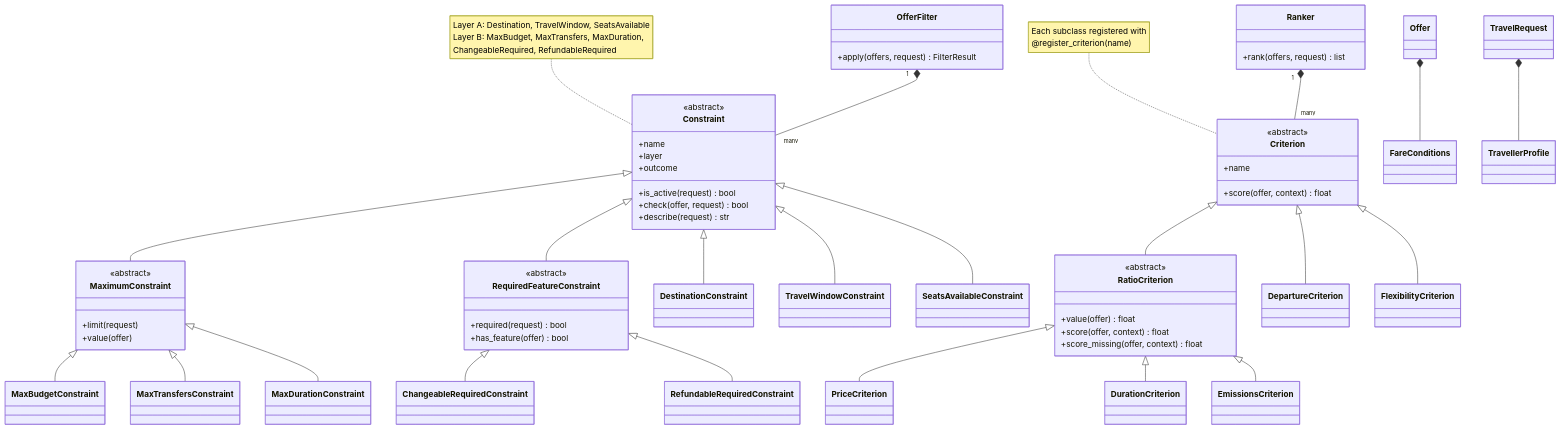
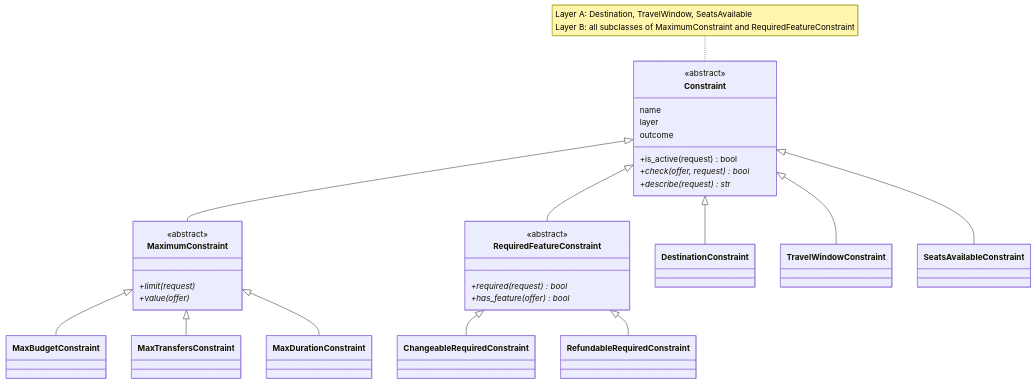
One commit to AndreStaalesen/busbidder-spain changed the second of 3 diagrams in docs/diagrams/classes.md. Above: the diagram before and after it, drawn with Mermaid. The commit also changed other lines of this file and 1 other file, not shown here.

Commit message:
updated architecture and classes diagrams

````diff
--- a/docs/diagrams/classes.md
+++ b/docs/diagrams/classes.md
@@ -1,68 +136,36 @@
 ```mermaid
 classDiagram
     direction TB
 
-        class Constraint {
+    class Constraint {
         <<abstract>>
-        +name
-        +layer
-        +outcome
+        name
+        layer
+        outcome
         +is_active(request) bool
-        +check(offer, request) bool
-        +describe(request) str
+        +check(offer, request)* bool
+        +describe(request)* str
     }
     class MaximumConstraint {
         <<abstract>>
-        +limit(request)
-        +value(offer)
+        +limit(request)*
+        +value(offer)*
     }
     class RequiredFeatureConstraint {
         <<abstract>>
-        +required(request) bool
-        +has_feature(offer) bool
+        +required(request)* bool
+        +has_feature(offer)* bool
     }
-    class OfferFilter {
-        +apply(offers, request) FilterResult
-    }
-    OfferFilter "1" *-- "many" Constraint
-
     Constraint <|-- DestinationConstraint
     Constraint <|-- TravelWindowConstraint
     Constraint <|-- SeatsAvailableConstraint
     Constraint <|-- MaximumConstraint
     Constraint <|-- RequiredFeatureConstraint
     MaximumConstraint <|-- MaxBudgetConstraint
     MaximumConstraint <|-- MaxTransfersConstraint
     MaximumConstraint <|-- MaxDurationConstraint
     RequiredFeatureConstraint <|-- ChangeableRequiredConstraint
     RequiredFeatureConstraint <|-- RefundableRequiredConstraint
 
-    class Criterion {
-        <<abstract>>
-        +name
-        +score(offer, context) float
-    }
-    class RatioCriterion {
-        <<abstract>>
-        +value(offer) float
-        +score(offer, context) float
-        +score_missing(offer, context) float
-    }
-    class Ranker {
-        +rank(offers, request) list
-    }
-    Ranker "1" *-- "many" Criterion
-
-    Criterion <|-- RatioCriterion
-    RatioCriterion <|-- PriceCriterion
-    RatioCriterion <|-- DurationCriterion
-    RatioCriterion <|-- EmissionsCriterion
-    Criterion <|-- DepartureCriterion
-    Criterion <|-- FlexibilityCriterion
-
-    Offer *-- FareConditions
-    TravelRequest *-- TravellerProfile
-
-    note for Constraint "Layer A: Destination, TravelWindow, SeatsAvailable<br>Layer B: MaxBudget, MaxTransfers, MaxDuration,<br>ChangeableRequired, RefundableRequired"
-    note for Criterion "Each subclass registered with<br>@register_criterion(name)"
+    note for Constraint "Layer A: Destination, TravelWindow, SeatsAvailable<br>Layer B: all subclasses of MaximumConstraint and RequiredFeatureConstraint"
 ```
````
